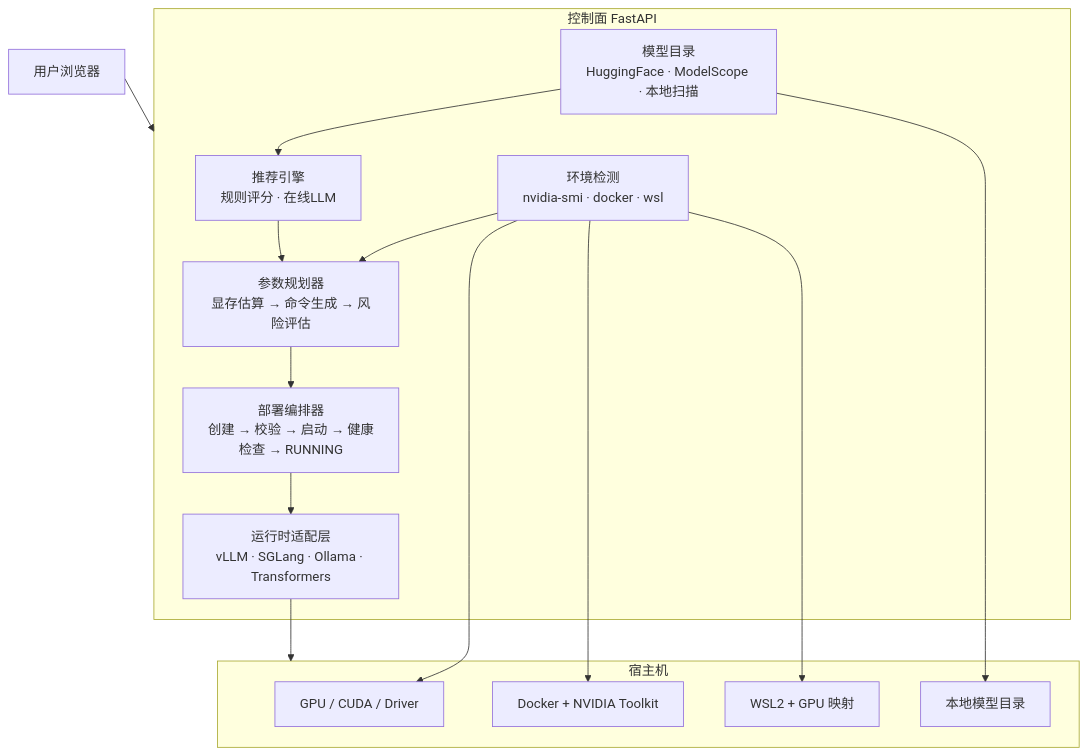
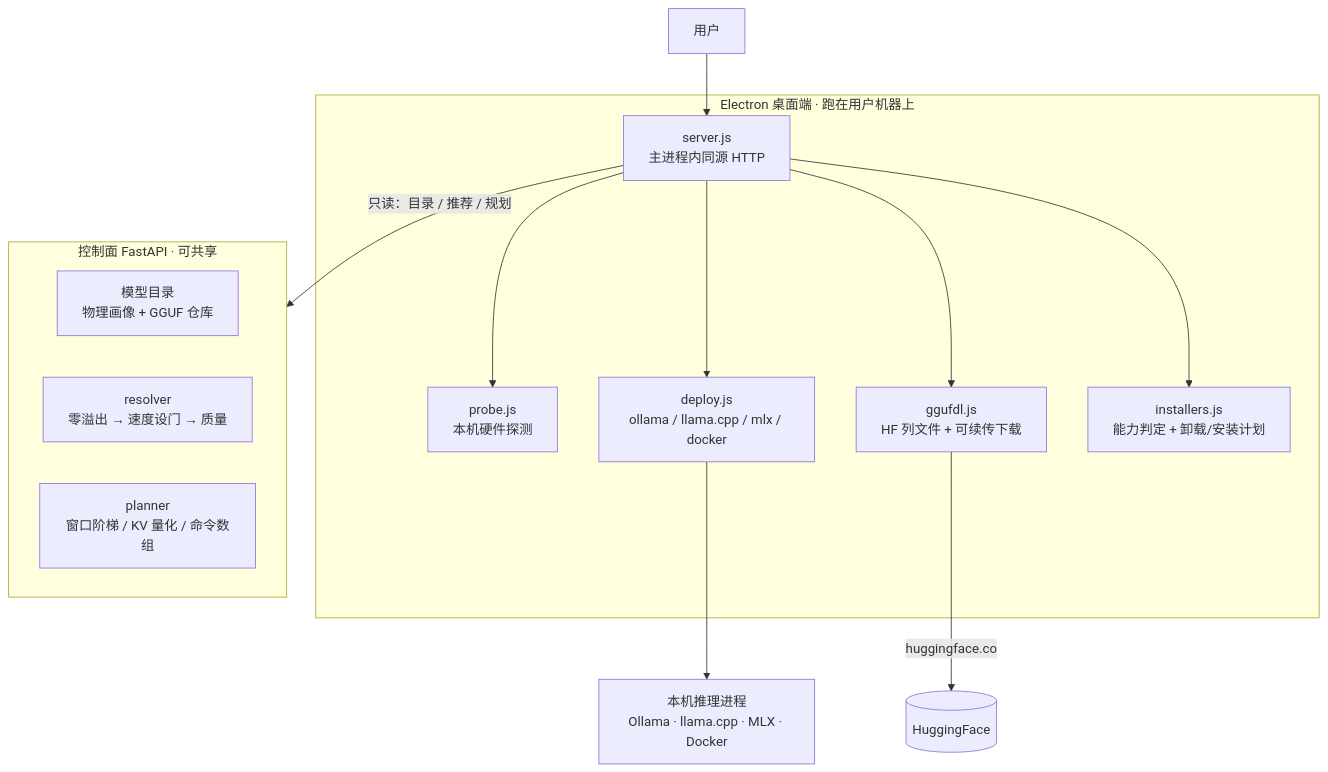
Before and after one commit to XiaoBinGan/model-deploy-platform: the diagram in README.md, drawn with Mermaid. The commit also changed other lines of this file and 5 other files, not shown here.

````diff
--- a/README.md
+++ b/README.md
@@ -73,32 +96,29 @@
 ```mermaid
 flowchart TB
-    User[用户浏览器]
+    User[用户]
 
-    subgraph ControlPlane[控制面 FastAPI]
-        Env[环境检测<br/>nvidia-smi · docker · wsl]
-        Catalog[模型目录<br/>HuggingFace · ModelScope · 本地扫描]
-        Recommend[推荐引擎<br/>规则评分 · 在线LLM]
-        Planner[参数规划器<br/>显存估算 → 命令生成 → 风险评估]
-        Deploy[部署编排器<br/>创建 → 校验 → 启动 → 健康检查 → RUNNING]
-        Runtime[运行时适配层<br/>vLLM · SGLang · Ollama · Transformers]
+    subgraph Desktop[Electron 桌面端 · 跑在用户机器上]
+        Probe[probe.js<br/>本机硬件探测]
+        LocalAPI[server.js<br/>主进程内同源 HTTP]
+        Deploy[deploy.js<br/>ollama / llama.cpp / mlx / docker]
+        GGUF[ggufdl.js<br/>HF 列文件 + 可续传下载]
+        Install[installers.js<br/>能力判定 + 卸载/安装计划]
     end
 
-    subgraph Host[宿主机]
-        GPU[GPU / CUDA / Driver]
-        DockerRT[Docker + NVIDIA Toolkit]
-        WSL[WSL2 + GPU 映射]
-        LocalModels[本地模型目录]
+    subgraph CP[控制面 FastAPI · 可共享]
+        Catalog[模型目录<br/>物理画像 + GGUF 仓库]
+        Resolver[resolver<br/>零溢出 → 速度设门 → 质量]
+        Planner[planner<br/>窗口阶梯 / KV 量化 / 命令数组]
     end
 
-    User --> ControlPlane
-    Env --> GPU
-    Env --> DockerRT
-    Env --> WSL
-    Catalog --> LocalModels
-    Env --> Planner
-    Catalog --> Recommend
-    Recommend --> Planner
-    Planner --> Deploy
-    Deploy --> Runtime
-    Runtime --> Host
+    Host[本机推理进程<br/>Ollama · llama.cpp · MLX · Docker]
+
+    User --> LocalAPI
+    LocalAPI --> Probe
+    LocalAPI --> Deploy
+    LocalAPI --> GGUF
+    LocalAPI --> Install
+    LocalAPI -->|只读：目录 / 推荐 / 规划| CP
+    Deploy --> Host
+    GGUF -->|huggingface.co| HF[(HuggingFace)]
 ```
````
